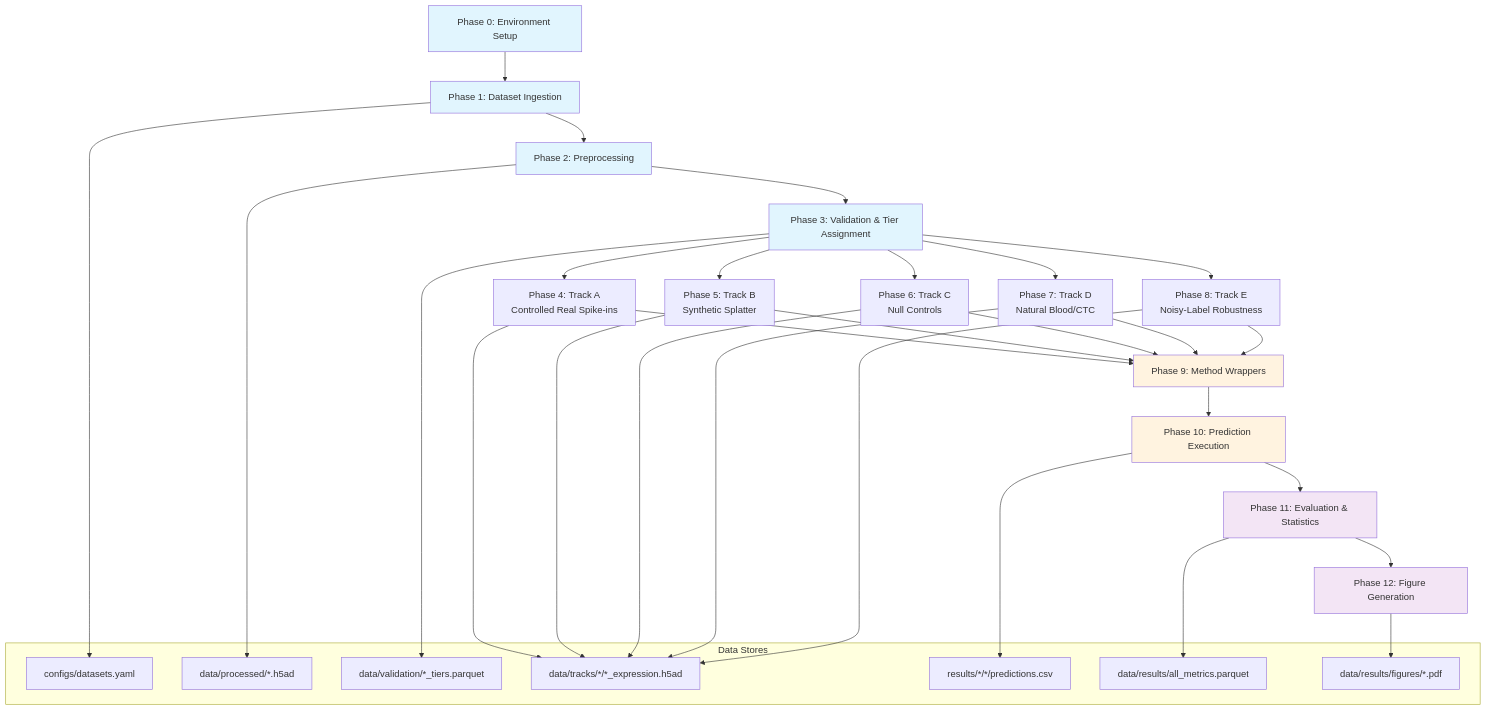
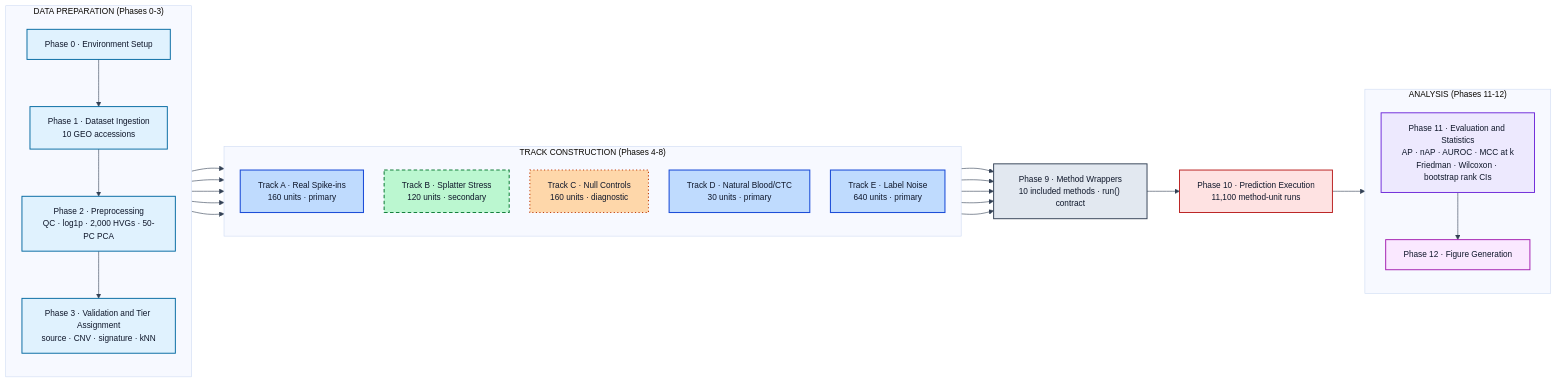
Before and after one commit to jaswanthmoram/reach-rarecell-benchmark: the diagram in docs/assets/architecture.mmd, drawn with Mermaid. The commit also changed 1 other file, not shown here.

Commit message:
docs: update architecture diagrams to colored horizontal style

```diff
--- a/docs/assets/architecture.mmd
+++ b/docs/assets/architecture.mmd
@@ -1,48 +1,60 @@
-graph TD
-    P0[Phase 0: Environment Setup] --> P1[Phase 1: Dataset Ingestion]
-    P1 --> P2[Phase 2: Preprocessing]
-    P2 --> P3[Phase 3: Validation & Tier Assignment]
-    P3 --> P4[Phase 4: Track A<br/>Controlled Real Spike-ins]
-    P3 --> P5[Phase 5: Track B<br/>Synthetic Splatter]
-    P3 --> P6[Phase 6: Track C<br/>Null Controls]
-    P3 --> P7[Phase 7: Track D<br/>Natural Blood/CTC]
-    P3 --> P8[Phase 8: Track E<br/>Noisy-Label Robustness]
-    P4 --> P9[Phase 9: Method Wrappers]
-    P5 --> P9
-    P6 --> P9
-    P7 --> P9
-    P8 --> P9
-    P9 --> P10[Phase 10: Prediction Execution]
-    P10 --> P11[Phase 11: Evaluation & Statistics]
-    P11 --> P12[Phase 12: Figure Generation]
+%%{init: {"theme":"base","themeVariables":{"fontFamily":"Helvetica, Arial, sans-serif","fontSize":"14px","lineColor":"#334155"},"flowchart":{"nodeSpacing":35,"rankSpacing":55,"curve":"basis","htmlLabels":false}}}%%
+flowchart LR
 
-    subgraph DataStores["Data Stores"]
-        D1[configs/datasets.yaml]
-        D2[data/processed/*.h5ad]
-        D3[data/validation/*_tiers.parquet]
-        D4[data/tracks/*/*_expression.h5ad]
-        D5[results/*/*/predictions.csv]
-        D6[data/results/all_metrics.parquet]
-        D7[data/results/figures/*.pdf]
-    end
+  subgraph PREP["DATA PREPARATION (Phases 0-3)"]
+    direction TB
+    P0["Phase 0 · Environment Setup"]
+    P1["Phase 1 · Dataset Ingestion<br/>10 GEO accessions"]
+    P2["Phase 2 · Preprocessing<br/>QC · log1p · 2,000 HVGs · 50-PC PCA"]
+    P3["Phase 3 · Validation and Tier Assignment<br/>source · CNV · signature · kNN"]
+    P0 --> P1 --> P2 --> P3
+  end
 
-    P1 --> D1
-    P2 --> D2
-    P3 --> D3
-    P4 --> D4
-    P5 --> D4
-    P6 --> D4
-    P7 --> D4
-    P8 --> D4
-    P10 --> D5
-    P11 --> D6
-    P12 --> D7
+  subgraph TRACKS["TRACK CONSTRUCTION (Phases 4-8)"]
+    direction TB
+    TA["Track A · Real Spike-ins<br/>160 units · primary"]
+    TB["Track B · Splatter Stress<br/>120 units · secondary"]
+    TC["Track C · Null Controls<br/>160 units · diagnostic"]
+    TD["Track D · Natural Blood/CTC<br/>30 units · primary"]
+    TE["Track E · Label Noise<br/>640 units · primary"]
+  end
 
-    style P0 fill:#e1f5fe
-    style P1 fill:#e1f5fe
-    style P2 fill:#e1f5fe
-    style P3 fill:#e1f5fe
-    style P9 fill:#fff3e0
-    style P10 fill:#fff3e0
-    style P11 fill:#f3e5f5
-    style P12 fill:#f3e5f5
+  P9["Phase 9 · Method Wrappers<br/>10 included methods · run() contract"]
+  P10["Phase 10 · Prediction Execution<br/>11,100 method-unit runs"]
+
+  subgraph EVAL["ANALYSIS (Phases 11-12)"]
+    direction TB
+    P11["Phase 11 · Evaluation and Statistics<br/>AP · nAP · AUROC · MCC at k<br/>Friedman · Wilcoxon · bootstrap rank CIs"]
+    P12["Phase 12 · Figure Generation"]
+    P11 --> P12
+  end
+
+  P3 --> TA
+  P3 --> TB
+  P3 --> TC
+  P3 --> TD
+  P3 --> TE
+  TA --> P9
+  TB --> P9
+  TC --> P9
+  TD --> P9
+  TE --> P9
+  P9 --> P10 --> P11
+
+  classDef prep    fill:#e0f2fe,stroke:#0369a1,stroke-width:1.6px,color:#0f172a;
+  classDef primary fill:#bfdbfe,stroke:#1d4ed8,stroke-width:1.8px,color:#0f172a;
+  classDef second  fill:#bbf7d0,stroke:#15803d,stroke-width:1.8px,stroke-dasharray:6 4,color:#0f172a;
+  classDef diag    fill:#fed7aa,stroke:#c2410c,stroke-width:1.8px,stroke-dasharray:2 4,color:#0f172a;
+  classDef method  fill:#e2e8f0,stroke:#334155,stroke-width:1.6px,color:#0f172a;
+  classDef exec    fill:#fee2e2,stroke:#b91c1c,stroke-width:1.6px,color:#0f172a;
+  classDef eval    fill:#ede9fe,stroke:#6d28d9,stroke-width:1.6px,color:#0f172a;
+  classDef figs    fill:#fae8ff,stroke:#a21caf,stroke-width:1.6px,color:#0f172a;
+
+  class P0,P1,P2,P3 prep;
+  class TA,TD,TE primary;
+  class TB second;
+  class TC diag;
+  class P9 method;
+  class P10 exec;
+  class P11 eval;
+  class P12 figs;
```
